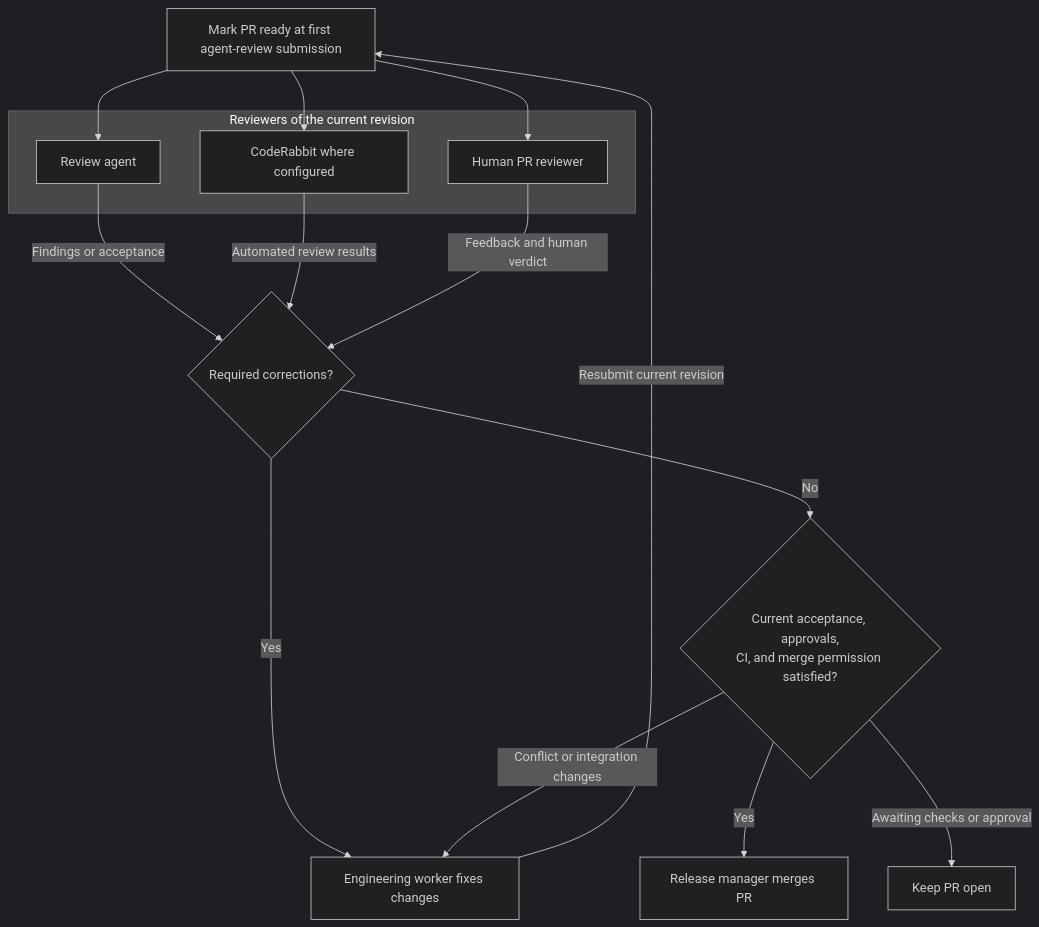
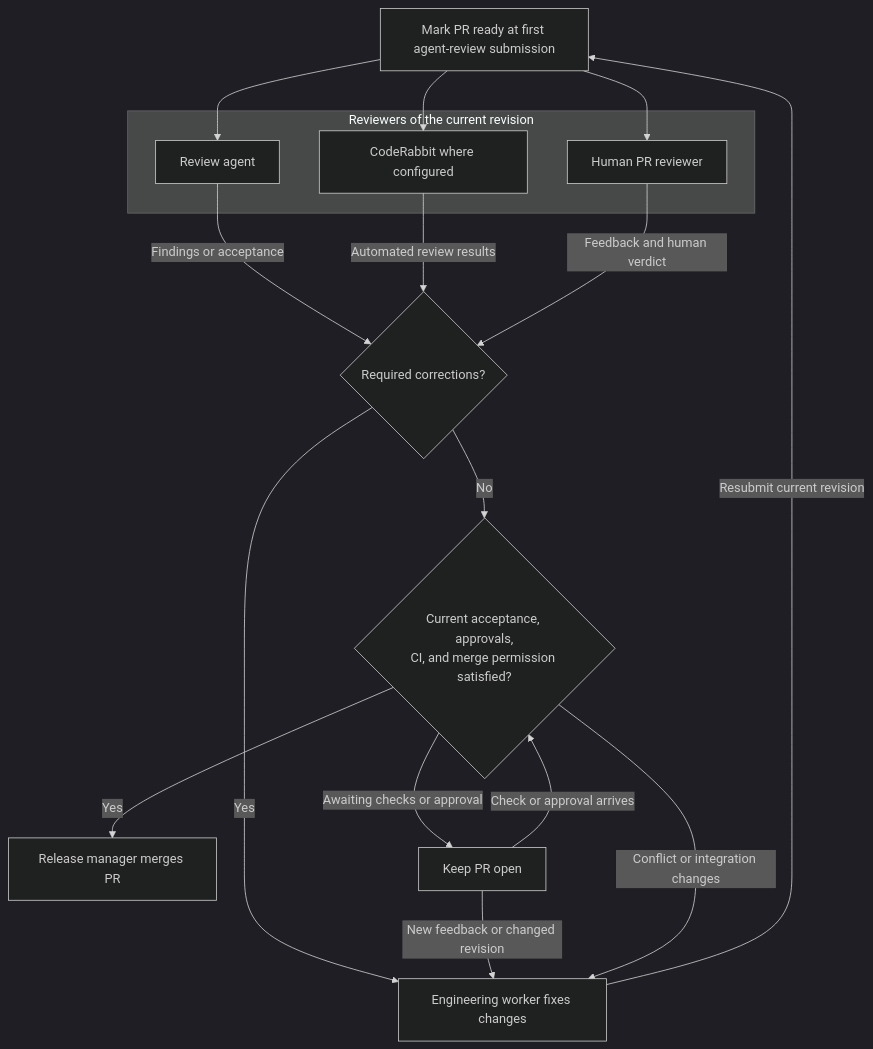
The fourth of 6 diagrams in SPEC.md (dataclique/metagenda), drawn with Mermaid (dark theme) before and after one commit. The commit also changed other lines of this file, not shown here.

Commit message:
give each diagram one purpose and complete its return paths

````diff
--- a/SPEC.md
+++ b/SPEC.md
@@ -207,21 +196,23 @@
 ```mermaid
 flowchart TD
     Ready[Mark PR ready at first agent-review submission]
     subgraph Reviewers[Reviewers of the current revision]
         AgentReview[Review agent]
         BotReview[CodeRabbit where configured]
         HumanReview[Human PR reviewer]
     end
     Ready --> AgentReview
     Ready --> BotReview
     Ready --> HumanReview
     AgentReview -->|Findings or acceptance| Assessment{Required corrections?}
     BotReview -->|Automated review results| Assessment
     HumanReview -->|Feedback and human verdict| Assessment
     Assessment -->|Yes| Fix[Engineering worker fixes changes]
     Fix -->|Resubmit current revision| Ready
     Assessment -->|No| Gate{Current acceptance, approvals,<br/>CI, and merge permission satisfied?}
     Gate -->|Yes| Merge[Release manager merges PR]
     Gate -->|Awaiting checks or approval| Wait[Keep PR open]
+    Wait -->|Check or approval arrives| Gate
+    Wait -->|New feedback or changed revision| Fix
     Gate -->|Conflict or integration changes| Fix
 ```
````
